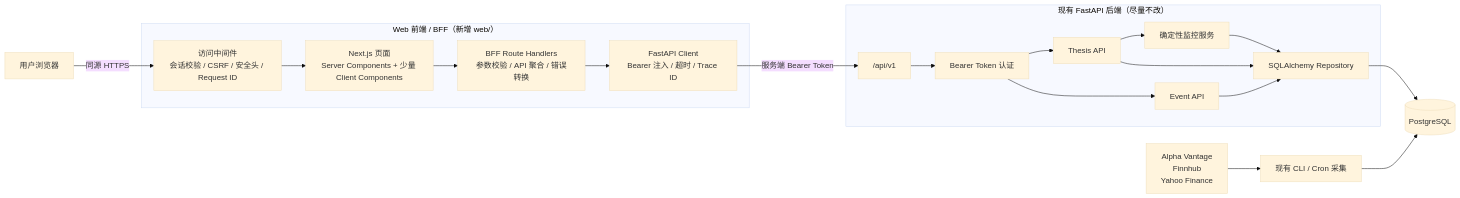
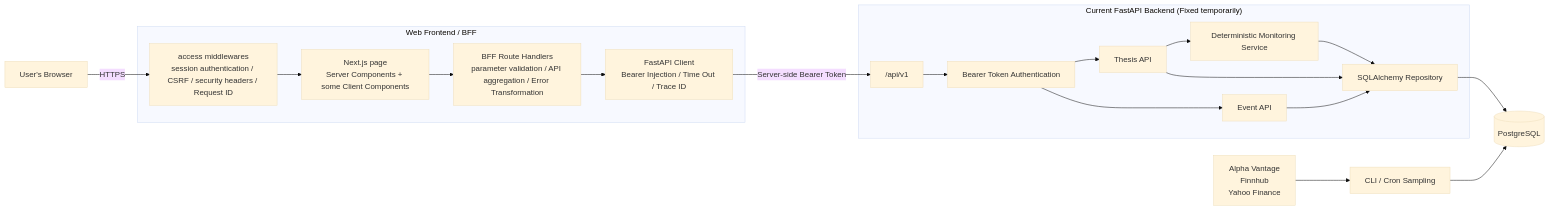
Before and after one commit to Darth-S1d1ous/stock-master: the diagram in docs/architecture-bff.mmd, drawn with Mermaid (base theme). The commit also changed 2 other files, not shown here.

```diff
--- a/docs/architecture-bff.mmd
+++ b/docs/architecture-bff.mmd
@@ -1,40 +1,40 @@
 flowchart LR
-    U[用户浏览器]
+    U[User's Browser]
 
-    subgraph WEB["Web 前端 / BFF（新增 web/）"]
-        MW[访问中间件<br/>会话校验 / CSRF / 安全头 / Request ID]
-        UI[Next.js 页面<br/>Server Components + 少量 Client Components]
-        BFF[BFF Route Handlers<br/>参数校验 / API 聚合 / 错误转换]
-        CLIENT[FastAPI Client<br/>Bearer 注入 / 超时 / Trace ID]
+    subgraph WEB["Web Frontend / BFF"]
+        MW[access middlewares<br/>session authentication / CSRF / security headers / Request ID]
+        UI[Next.js page<br/>Server Components + some Client Components]
+        BFF[BFF Route Handlers<br/>parameter validation / API aggregation / Error Transformation]
+        CLIENT[FastAPI Client<br/>Bearer Injection / Time Out / Trace ID]
     end
 
-    subgraph BACKEND["现有 FastAPI 后端（尽量不改）"]
+    subgraph BACKEND["Current FastAPI Backend (Fixed temporarily)"]
         API["/api/v1"]
-        AUTH[Bearer Token 认证]
+        AUTH[Bearer Token Authentication]
         THESIS[Thesis API]
         EVENT[Event API]
-        MONITOR[确定性监控服务]
+        MONITOR[Deterministic Monitoring Service]
         REPO[SQLAlchemy Repository]
     end
 
     DB[(PostgreSQL)]
     PROVIDERS[Alpha Vantage<br/>Finnhub<br/>Yahoo Finance]
-    INGEST[现有 CLI / Cron 采集]
+    INGEST[CLI / Cron Sampling]
 
-    U -->|同源 HTTPS| MW
+    U -->|HTTPS| MW
     MW --> UI
     UI --> BFF
     BFF --> CLIENT
-    CLIENT -->|服务端 Bearer Token| API
+    CLIENT -->|Server-side Bearer Token| API
 
     API --> AUTH
     AUTH --> THESIS
     AUTH --> EVENT
     THESIS --> MONITOR
     THESIS --> REPO
     EVENT --> REPO
     MONITOR --> REPO
     REPO --> DB
 
     PROVIDERS --> INGEST
     INGEST --> DB
```
